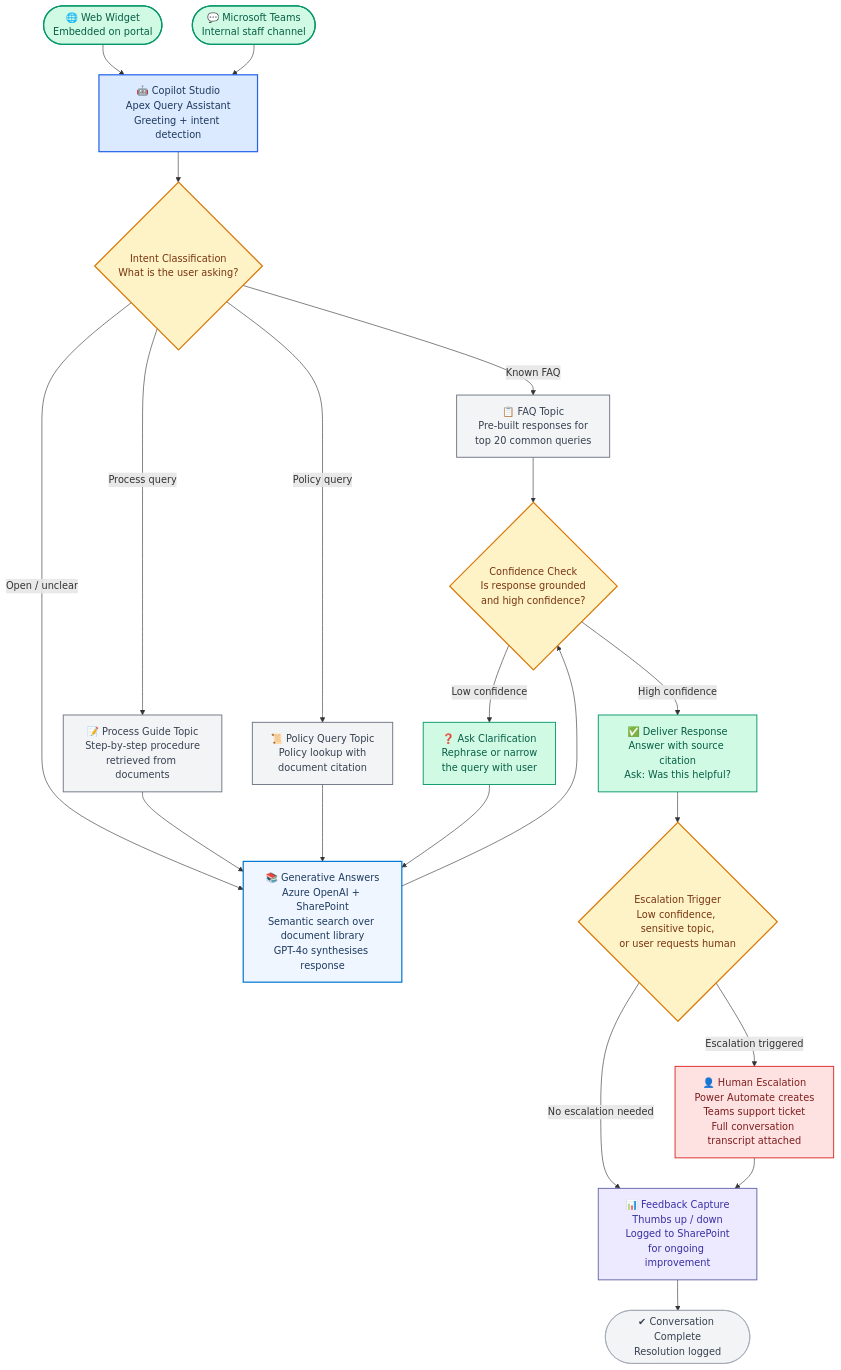
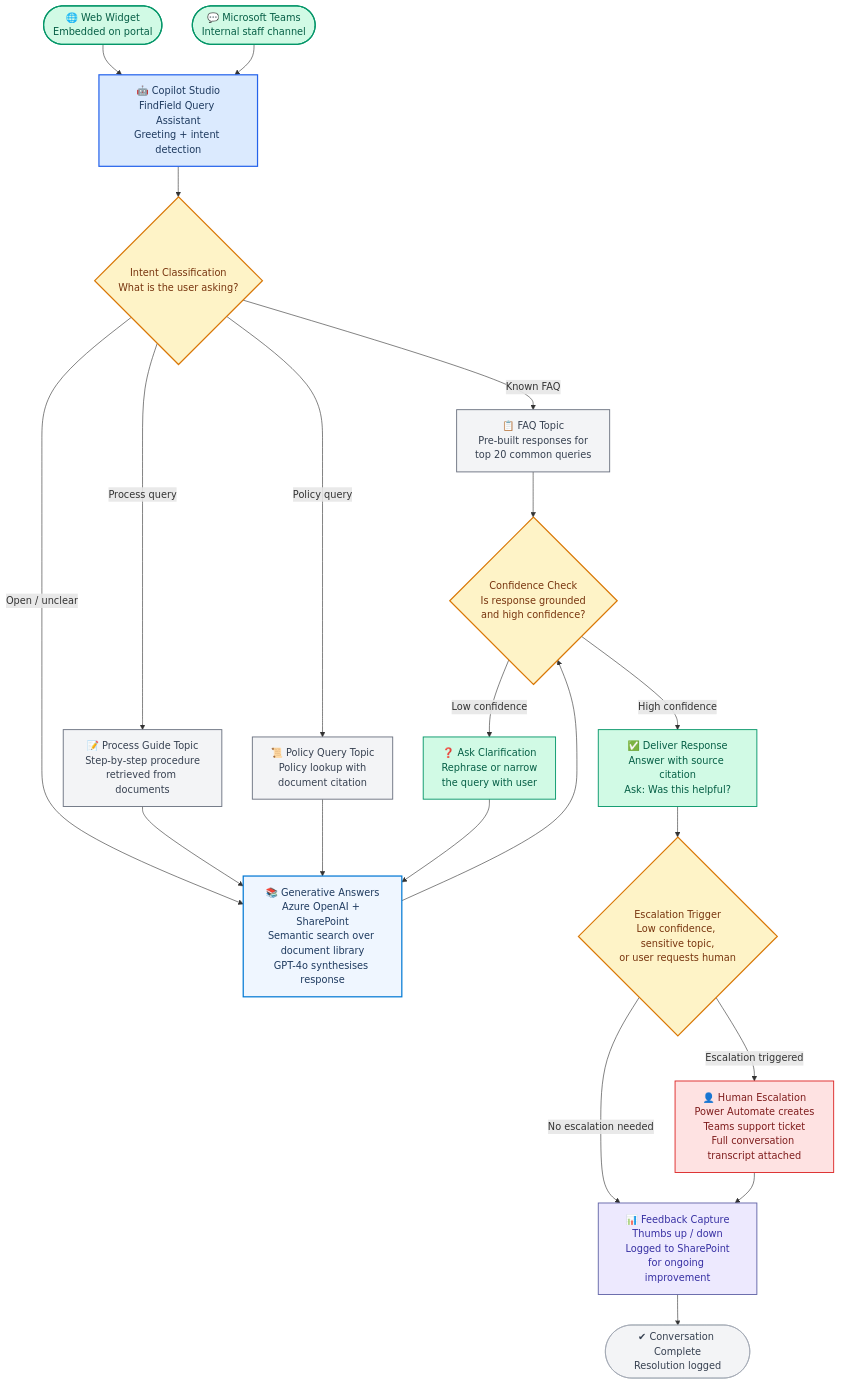
One commit to Arshchowdhury/Portfolio_ArshWafiqKhanChowdhury changed the diagram in Ai-Agent-Design/Query-AI-Assistant/README.md. Above: the diagram before and after it, drawn with Mermaid. The commit also changed other lines of this file, not shown here.

```diff
--- a/Ai-Agent-Design/Query-AI-Assistant/README.md
+++ b/Ai-Agent-Design/Query-AI-Assistant/README.md
@@ -46,7 +46,7 @@
     TEAMS([💬 Microsoft Teams<br/>Internal staff channel])
 
     %% ── AGENT CORE ──────────────────────────────────
-    ENTRY[🤖 Copilot Studio<br/>Apex Query Assistant<br/>Greeting + intent detection]
+    ENTRY[🤖 Copilot Studio<br/>FindField Query Assistant<br/>Greeting + intent detection]
 
     %% ── NLP CLASSIFICATION ──────────────────────────
     NLP{Intent Classification<br/>What is the user asking?}
```
